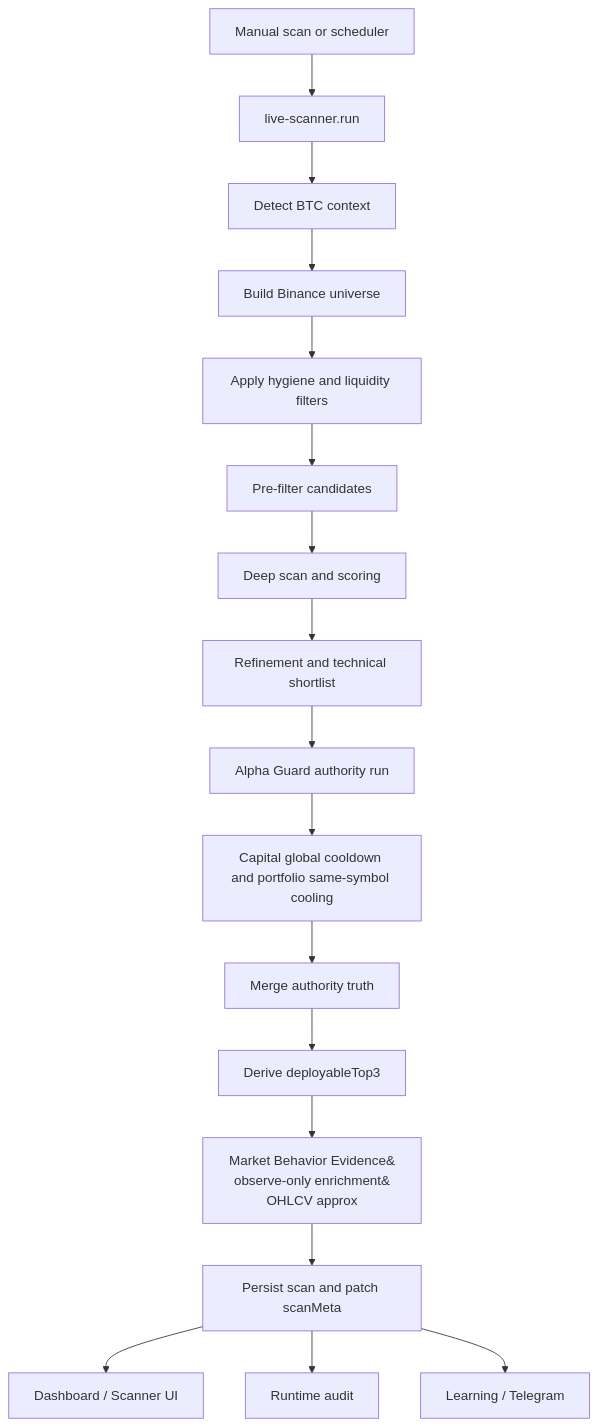
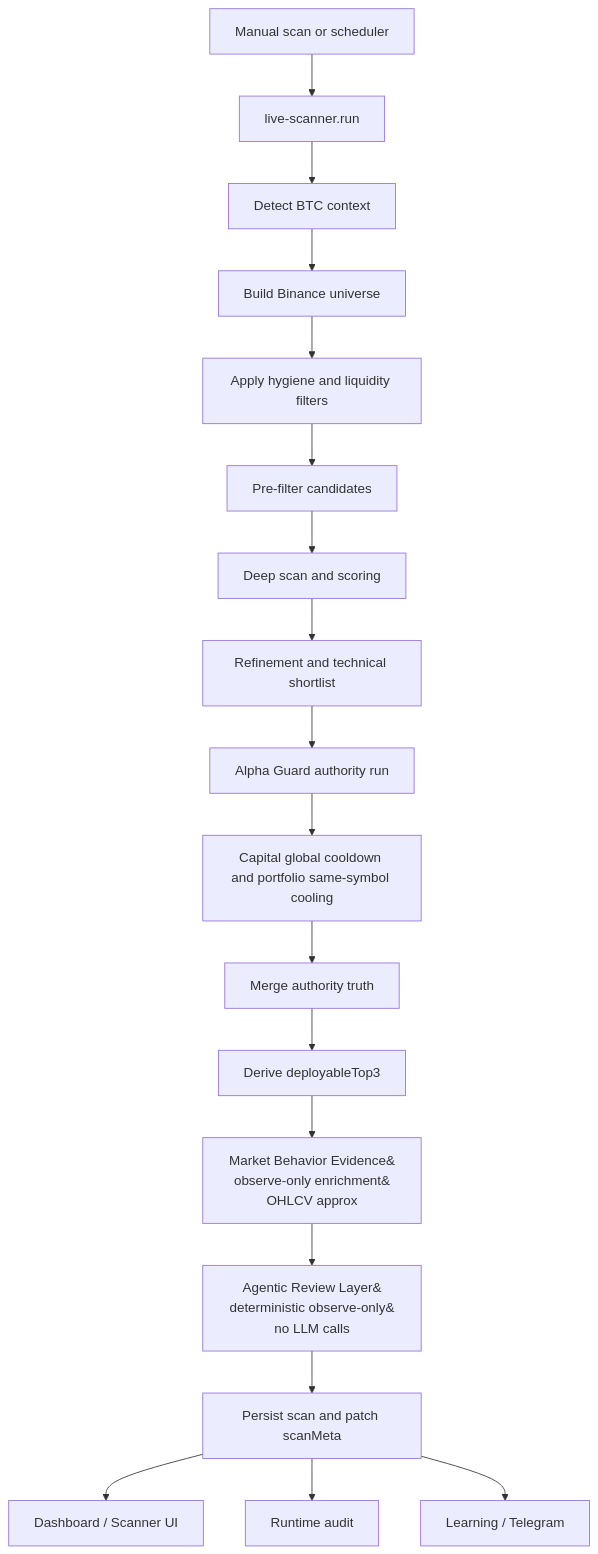
The second of 4 diagrams in docs/system-map.md (davidlukyvo/SystemTrader_Hybrid), drawn with Mermaid before and after one commit. The commit also changed 11 other files, not shown here.

Commit message:
Add observe-only agent review verification

````diff
--- a/docs/system-map.md
+++ b/docs/system-map.md
@@ -41,19 +41,20 @@
 ```mermaid
 flowchart TD
     A[Manual scan or scheduler] --> B[live-scanner.run]
     B --> C[Detect BTC context]
     C --> D[Build Binance universe]
     D --> E[Apply hygiene and liquidity filters]
     E --> F[Pre-filter candidates]
     F --> G[Deep scan and scoring]
     G --> H[Refinement and technical shortlist]
     H --> I[Alpha Guard authority run]
     I --> J[Capital global cooldown and portfolio same-symbol cooling]
     J --> K[Merge authority truth]
     K --> L[Derive deployableTop3]
     L --> MBE["Market Behavior Evidence&#10;observe-only enrichment&#10;OHLCV approx"]
-    MBE --> M[Persist scan and patch scanMeta]
+    MBE --> AR["Agentic Review Layer&#10;deterministic observe-only&#10;no LLM calls"]
+    AR --> M[Persist scan and patch scanMeta]
     M --> N[Dashboard / Scanner UI]
     M --> O[Runtime audit]
     M --> P[Learning / Telegram]
 ```
````
